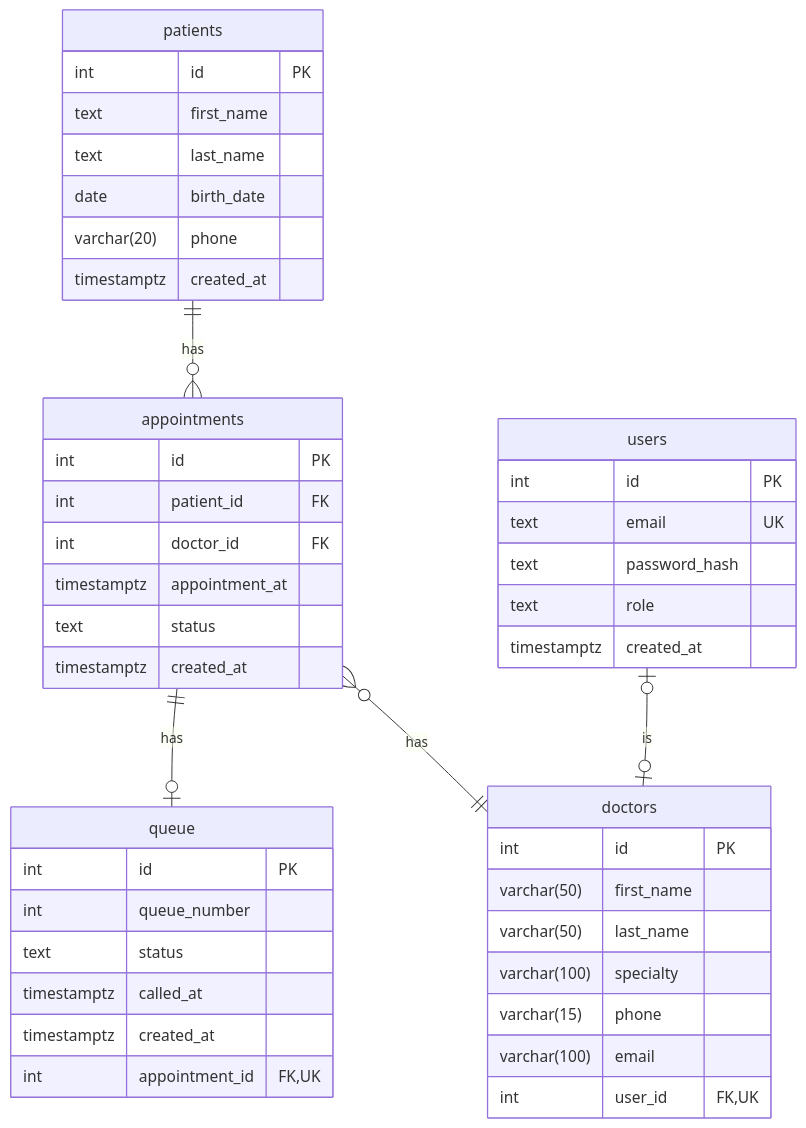
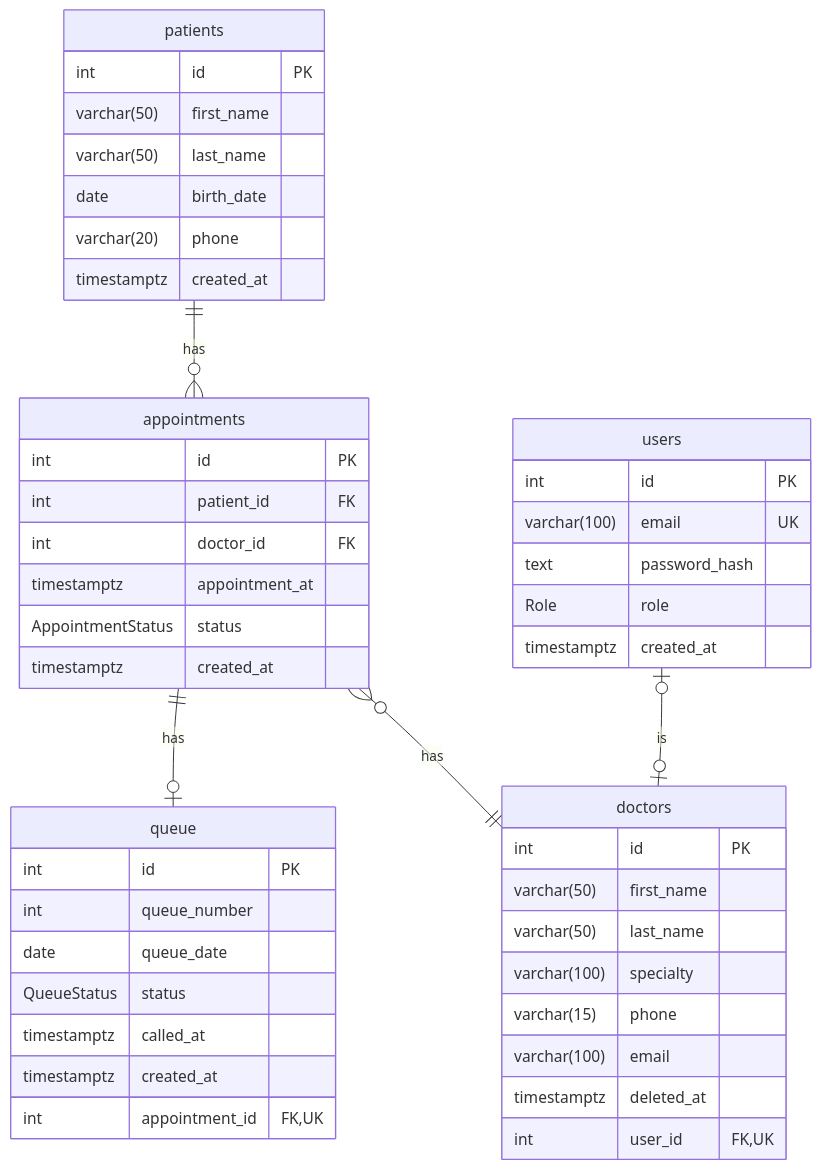
The diagram in docs/day7-er-diagram.md (MahasamutChaosamut/clinic-booking-api), drawn with Mermaid before and after one commit. The commit also changed 8 other files, not shown here.

Commit message:
feat(db): add Prisma schema and initial migration for all tables

````diff
--- a/docs/day7-er-diagram.md
+++ b/docs/day7-er-diagram.md
@@ -3,48 +3,50 @@
 ```mermaid
 erDiagram
 patients ||--o{ appointments : "has"
 users |o--o| doctors: "is"
 appointments ||--o| queue: "has"
 appointments }o--|| doctors: "has"
 
     patients {
         int id PK
-        text first_name
-        text last_name
+        varchar(50) first_name
+        varchar(50) last_name
         date birth_date
         varchar(20) phone
         timestamptz created_at
     }
     appointments {
         int id PK
         int patient_id FK
         int doctor_id FK
         timestamptz appointment_at
-        text status
+        AppointmentStatus status
         timestamptz created_at
     }
     doctors {
         int id PK
         varchar(50) first_name
         varchar(50) last_name
         varchar(100) specialty
         varchar(15) phone
         varchar(100) email
+        timestamptz deleted_at
         int user_id FK, UK
     }
     users {
         int id PK
-        text email UK
+        varchar(100) email UK
         text password_hash
-        text role
+        Role role
         timestamptz created_at
     }
     queue{
         int id PK
         int queue_number
-        text status
+        date queue_date
+        QueueStatus status
         timestamptz called_at
         timestamptz created_at
         int appointment_id FK,UK
     }
 ```
````
